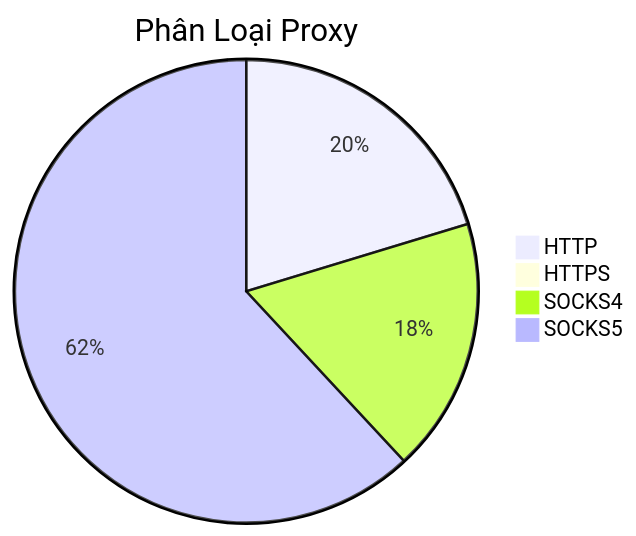
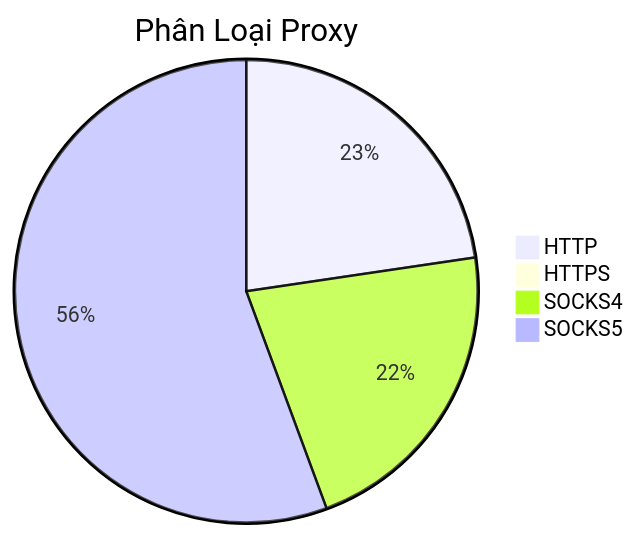
One commit to Ciara-12/PROXY-free changed the diagram in README.md. Above: the diagram before and after it, drawn with Mermaid. The commit also changed other lines of this file and 4 other files, not shown here.

````diff
--- a/README.md
+++ b/README.md
@@ -26,7 +26,7 @@
 ```mermaid
 pie title Phân Loại Proxy
-    "HTTP" : 409
+    "HTTP" : 422
     "HTTPS" : 2
-    "SOCKS4" : 358
-    "SOCKS5" : 1247
+    "SOCKS4" : 404
+    "SOCKS5" : 1036
 ```
````
